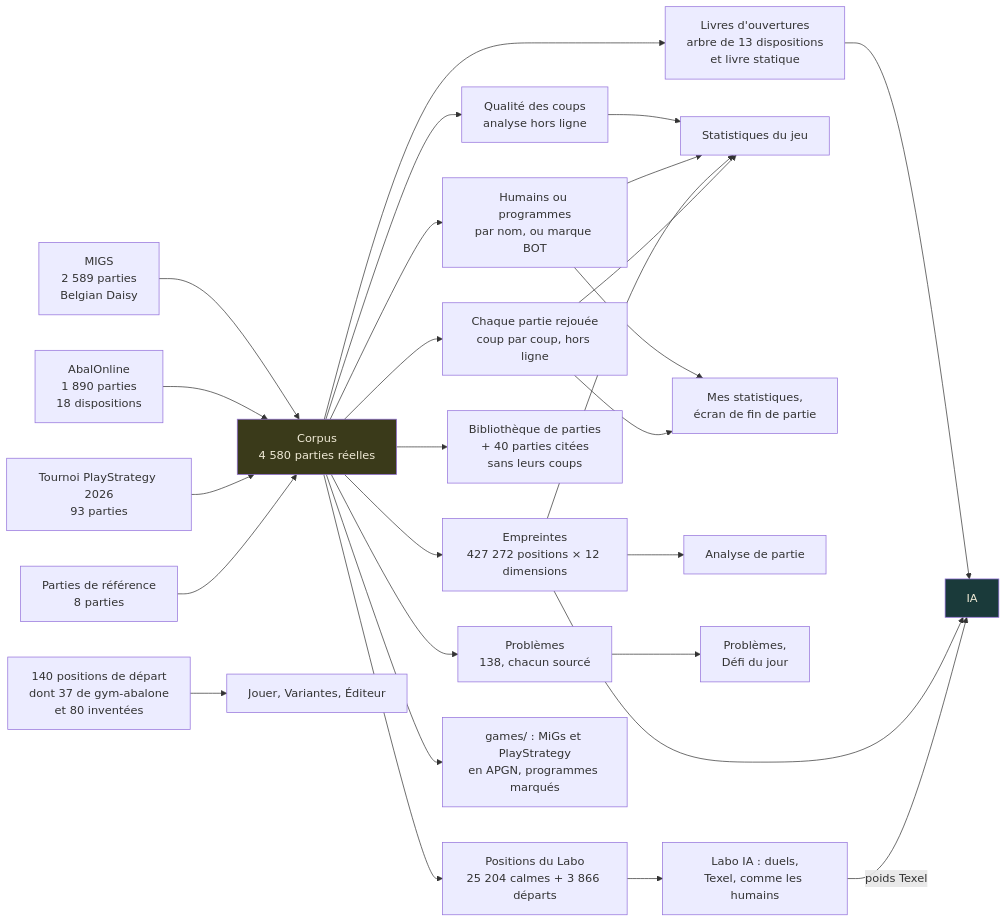
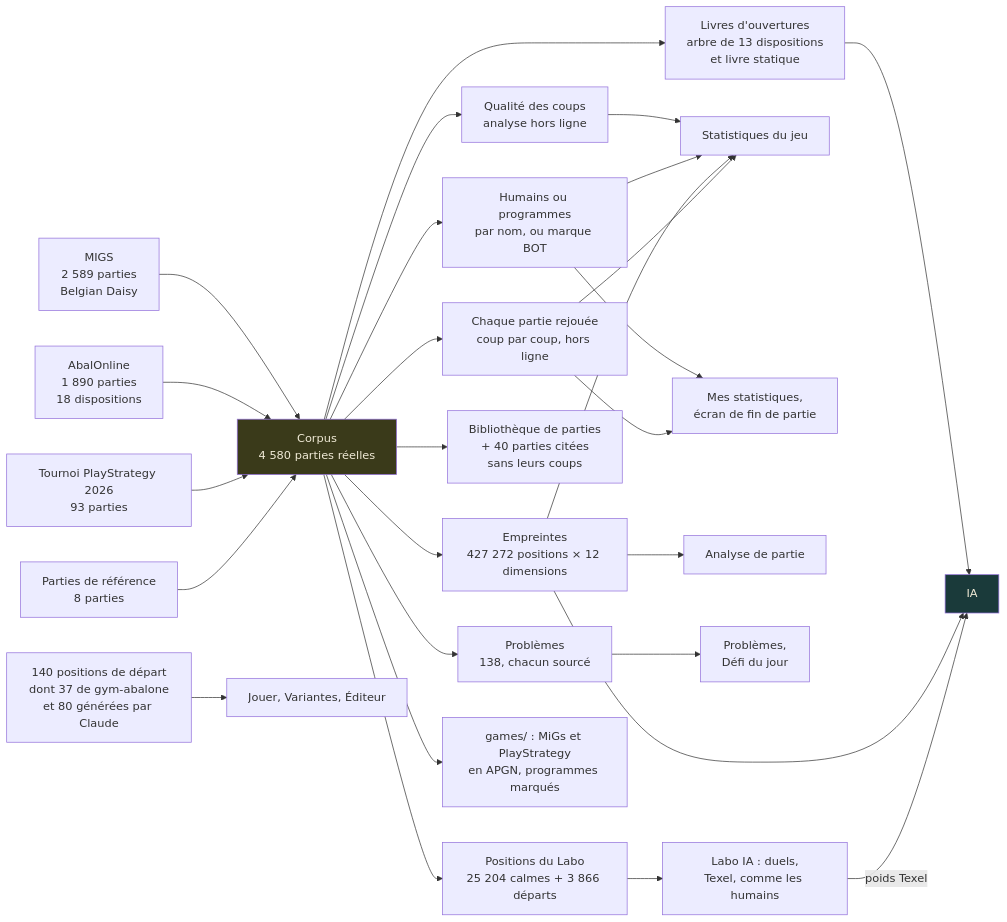
One commit to ocj94/Abalassembly changed the second of 3 diagrams in docs-fr/Architecture.fr.md. Above: the diagram before and after it, drawn with Mermaid. The commit also changed other lines of this file and 17 other files, not shown here.

````diff
--- a/docs-fr/Architecture.fr.md
+++ b/docs-fr/Architecture.fr.md
@@ -61,34 +61,34 @@
 ```mermaid
 flowchart LR
     S1[MIGS<br/>2 589 parties<br/>Belgian Daisy] --> C[Corpus<br/>4 580 parties réelles]
     S2[AbalOnline<br/>1 890 parties<br/>18 dispositions] --> C
     S3[Tournoi PlayStrategy 2026<br/>93 parties] --> C
     S4[Parties de référence<br/>8 parties] --> C
 
     C --> O[Livres d'ouvertures<br/>arbre de 13 dispositions<br/>et livre statique]
     C --> E[Empreintes<br/>427 272 positions × 12 dimensions]
     C --> R[Chaque partie rejouée<br/>coup par coup, hors ligne]
     C --> P[Problèmes<br/>138, chacun sourcé]
     C --> LP[Positions du Labo<br/>25 204 calmes + 3 866 départs]
     C --> L[Bibliothèque de parties<br/>+ 40 parties citées<br/>sans leurs coups]
     C --> Q[Qualité des coups<br/>analyse hors ligne]
     C --> HP[Humains ou programmes<br/>par nom, ou marque BOT]
     C --> AP[games/ : MiGs et PlayStrategy<br/>en APGN, programmes marqués]
-    D[140 positions de départ<br/>dont 37 de gym-abalone<br/>et 80 inventées] --> V[Jouer, Variantes, Éditeur]
+    D[140 positions de départ<br/>dont 37 de gym-abalone<br/>et 80 générées par Claude] --> V[Jouer, Variantes, Éditeur]
     Q --> ST
     HP --> ST
     HP --> MS
 
     O --> AI[IA]
     E --> AI
     E --> AN[Analyse de partie]
     E --> ST[Statistiques du jeu]
     R --> ST
     R --> MS[Mes statistiques,<br/>écran de fin de partie]
     P --> PB[Problèmes,<br/>Défi du jour]
     LP --> LAB[Labo IA : duels,<br/>Texel, comme les humains]
     LAB -->|poids Texel| AI
 
     style C fill:#3a3a1a,color:#f0ead6
     style AI fill:#1a3a3a,color:#f0ead6
 ```
````
